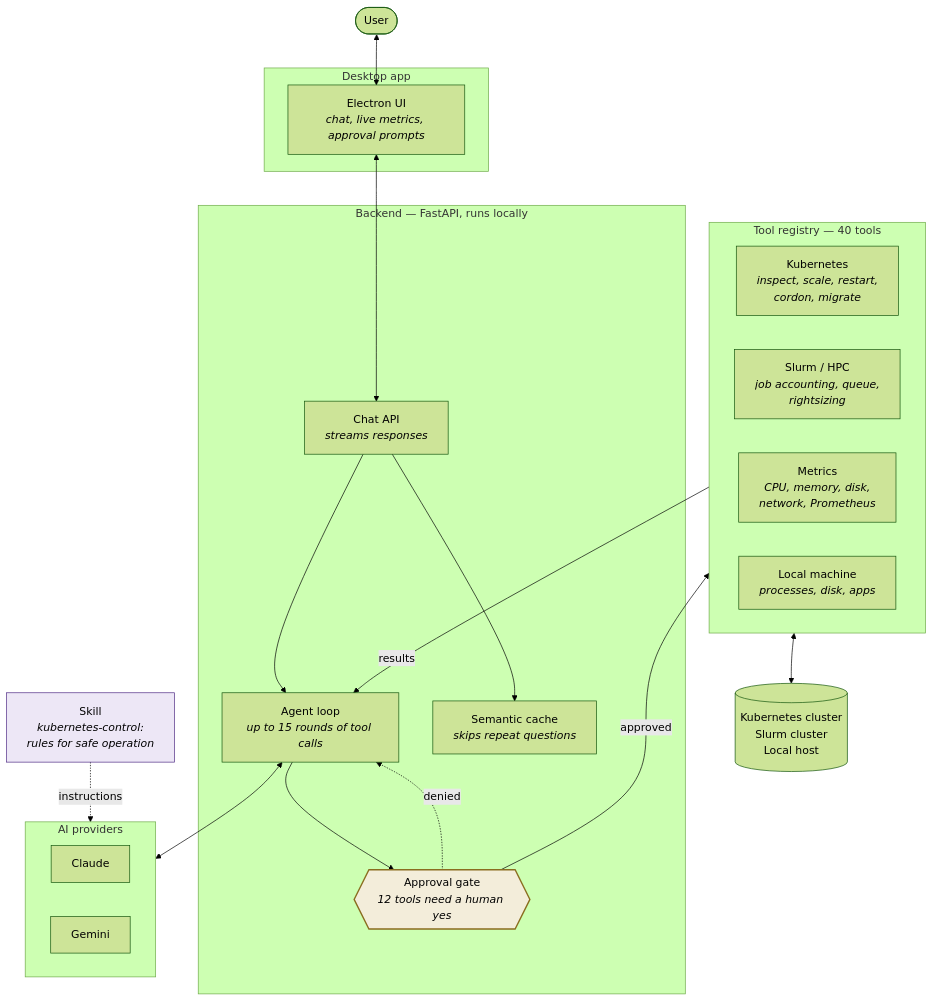
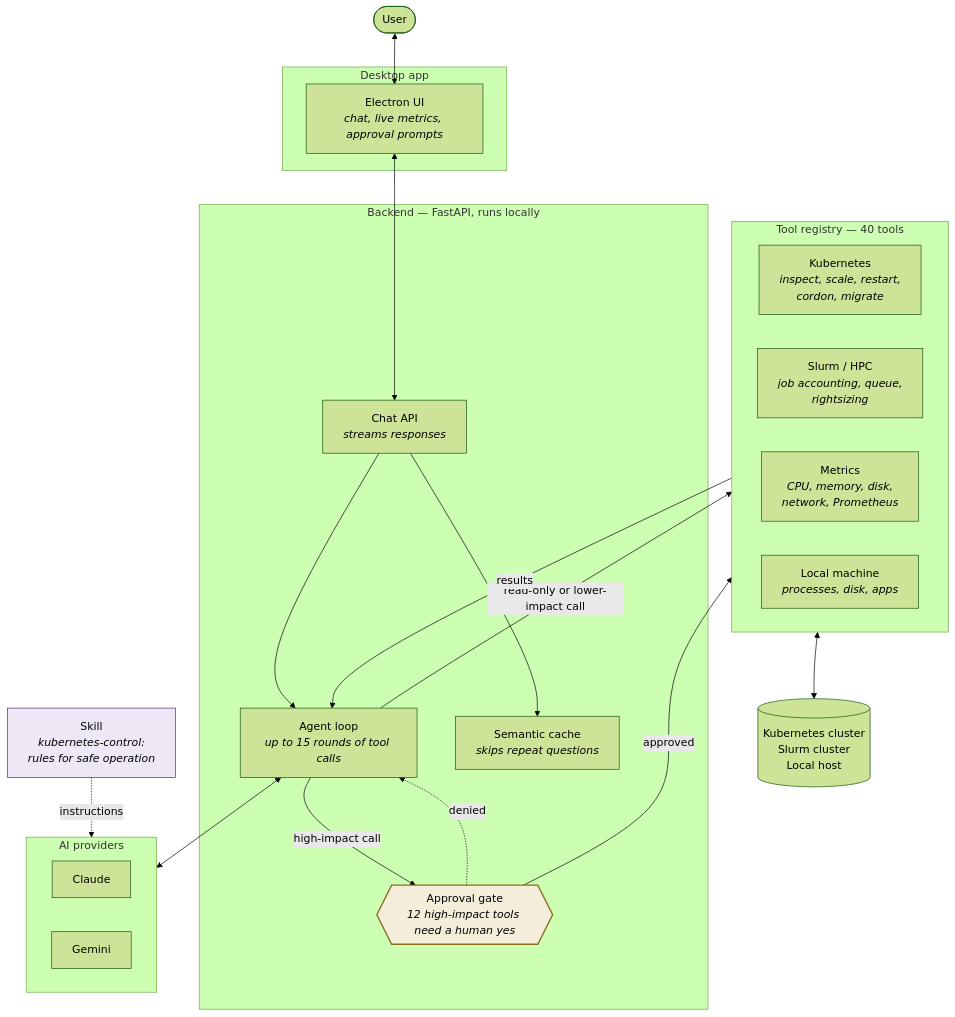
Before and after one commit to tahasinshadat/EdgePilot: the diagram in docs/architecture.md, drawn with Mermaid (forest theme). The commit also changed other lines of this file and 2 other files, not shown here.

Commit message:
docs: clarify architecture and approval workflow

````diff
--- a/docs/architecture.md
+++ b/docs/architecture.md
@@ -13,46 +18,47 @@
 ```mermaid
 flowchart TB
     User(["User"])
 
     subgraph Desktop["Desktop app"]
         UI["Electron UI<br/><i>chat, live metrics, approval prompts</i>"]
     end
 
     subgraph Backend["Backend — FastAPI, runs locally"]
         API["Chat API<br/><i>streams responses</i>"]
         Loop["Agent loop<br/><i>up to 15 rounds of tool calls</i>"]
-        Gate{{"Approval gate<br/><i>12 tools need a human yes</i>"}}
+        Gate{{"Approval gate<br/><i>12 high-impact tools need a human yes</i>"}}
         Cache["Semantic cache<br/><i>skips repeat questions</i>"]
     end
 
     subgraph Models["AI providers"]
         Claude["Claude"]
         Gemini["Gemini"]
     end
 
     Skill["Skill<br/><i>kubernetes-control:<br/>rules for safe operation</i>"]
 
     subgraph Tools["Tool registry — 40 tools"]
         K8s["Kubernetes<br/><i>inspect, scale, restart,<br/>cordon, migrate</i>"]
         Slurm["Slurm / HPC<br/><i>job accounting, queue,<br/>rightsizing</i>"]
         Metrics["Metrics<br/><i>CPU, memory, disk,<br/>network, Prometheus</i>"]
         Local["Local machine<br/><i>processes, disk, apps</i>"]
     end
 
     Systems[("Kubernetes cluster<br/>Slurm cluster<br/>Local host")]
 
     User <--> UI
     UI <--> API
     API --> Cache
     API --> Loop
     Loop <--> Models
     Skill -.->|"instructions"| Models
-    Loop --> Gate
+    Loop -->|"high-impact call"| Gate
     Gate -->|"approved"| Tools
     Gate -.->|"denied"| Loop
+    Loop -->|"read-only or lower-impact call"| Tools
     Tools <--> Systems
     Tools -->|"results"| Loop
 
     style Gate fill:#F3EDDA,stroke:#8A6D1F,stroke-width:2px
     style Skill fill:#EDE7F6,stroke:#4E2A84
 ```
````
